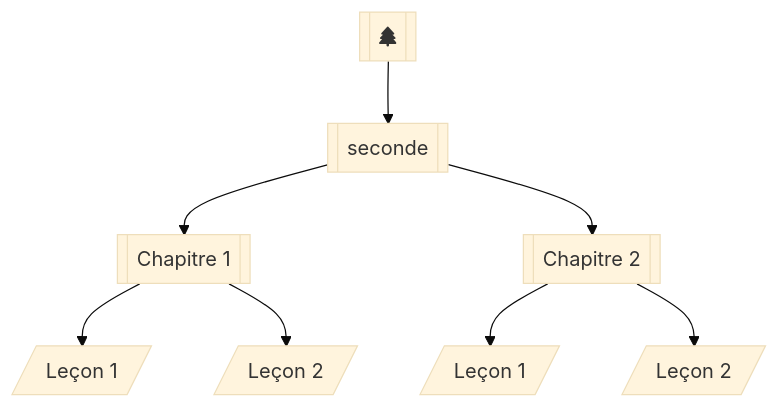
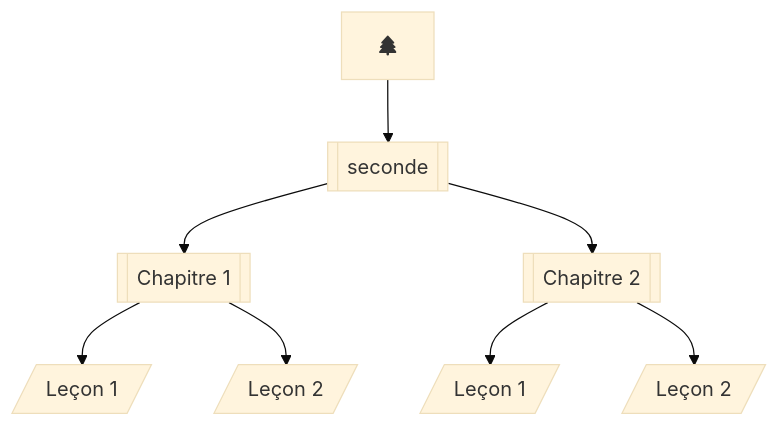
Before and after one commit to boddaert/snt: the diagram in seconde/Introduction/Introduction.md, drawn with Mermaid (base theme).

````diff
--- a/seconde/Introduction/Introduction.md
+++ b/seconde/Introduction/Introduction.md
@@ -5,10 +5,12 @@
 ```mermaid
     flowchart TB;
-        A[["fa:fa-tree"]]-->B[[seconde]];
-        B[[seconde]]-->C[[Chapitre 1]];
-        B[[seconde]]-->F[[Chapitre 2]];
-        C[[Chapitre 1]]-->D[/Leçon 1/];
-        C[[Chapitre 1]]-->E[/Leçon 2/];
-        F[[Chapitre 2]]-->G[/Leçon 1/];
-        F[[Chapitre 2]]-->H[/Leçon 2/];
+        A["fa:fa-tree"]
+        
+        A-->B[[seconde]];
+        B[[seconde]]-->C[[Chapitre 1]]
+        B[[seconde]]-->F[[Chapitre 2]]
+        C[[Chapitre 1]]-->D[/Leçon 1/]
+        C[[Chapitre 1]]-->E[/Leçon 2/]
+        F[[Chapitre 2]]-->G[/Leçon 1/]
+        F[[Chapitre 2]]-->H[/Leçon 2/]
 ```
````
